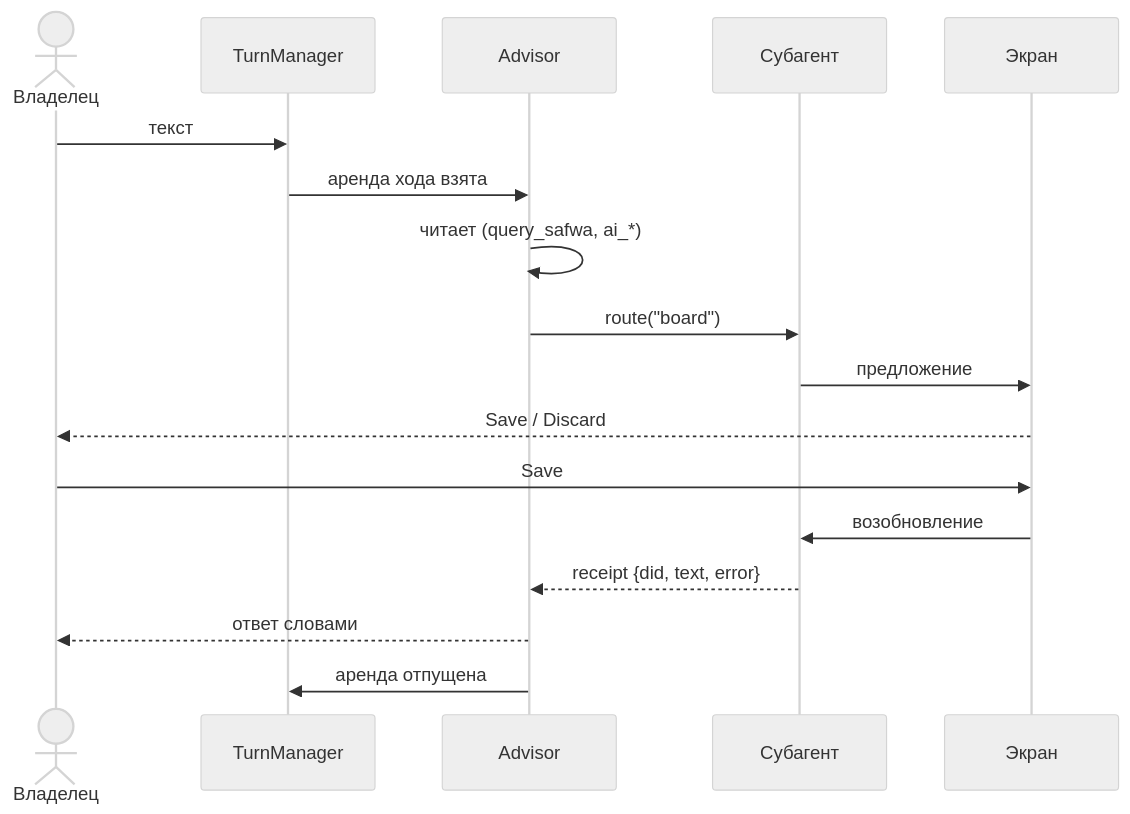
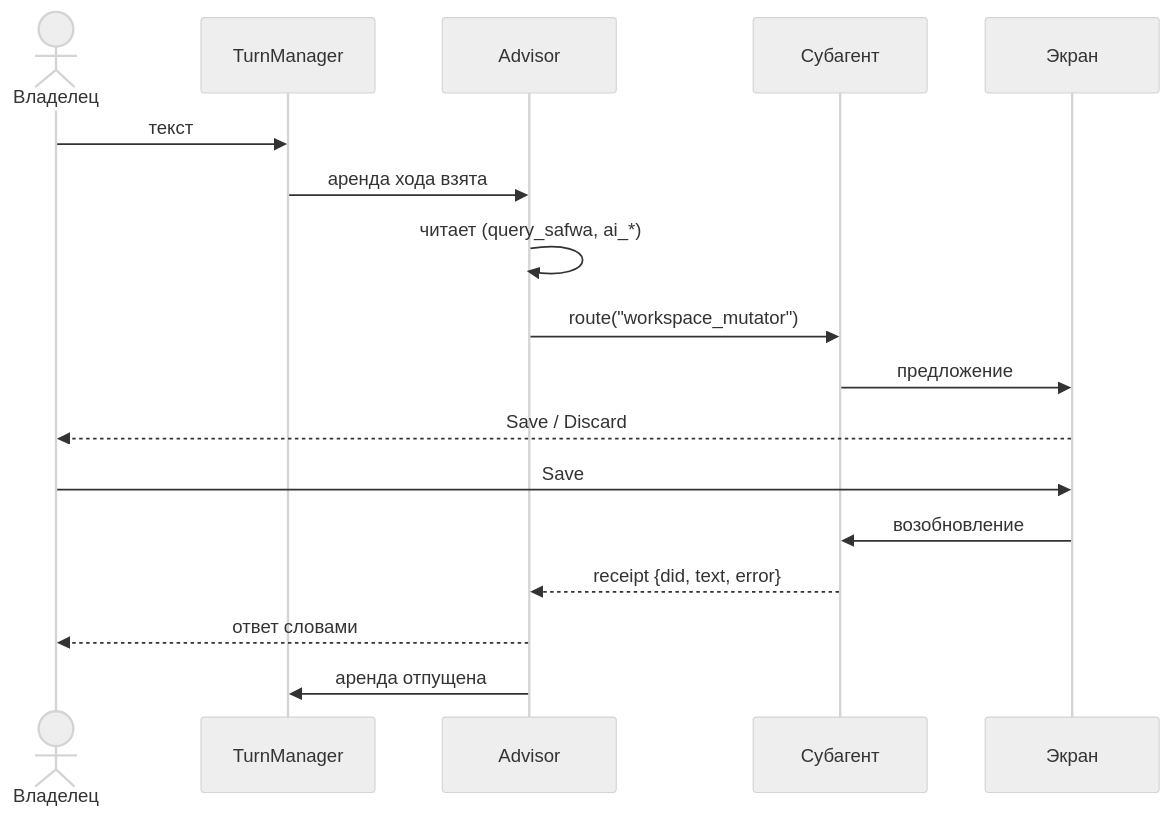
Before and after one commit to myvaheed/tg-ai-safwa: the first of 2 diagrams in docs/diagrams/02-turn.md, drawn with Mermaid (neutral theme). The commit also changed 79 other files, not shown here.

````diff
--- a/docs/diagrams/02-turn.md
+++ b/docs/diagrams/02-turn.md
@@ -6,20 +6,20 @@
 ```mermaid
 sequenceDiagram
     actor O as Владелец
     participant TM as TurnManager
     participant A as Advisor
     participant S as Субагент
     participant UI as Экран
 
     O->>TM: текст
     TM->>A: аренда хода взята
     A->>A: читает (query_safwa, ai_*)
-    A->>S: route("board")
+    A->>S: route("workspace_mutator")
     S->>UI: предложение
     UI-->>O: Save / Discard
     O->>UI: Save
     UI->>S: возобновление
     S-->>A: receipt {did, text, error}
     A-->>O: ответ словами
     A->>TM: аренда отпущена
 ```
````
